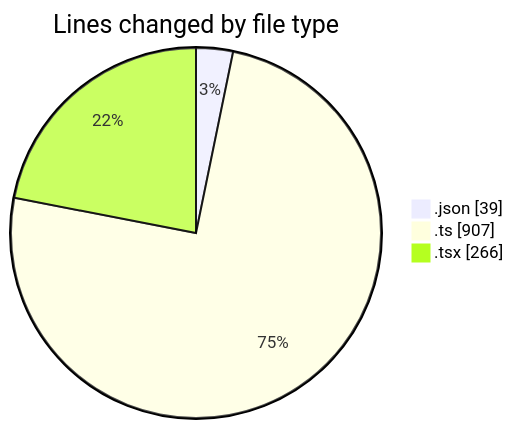
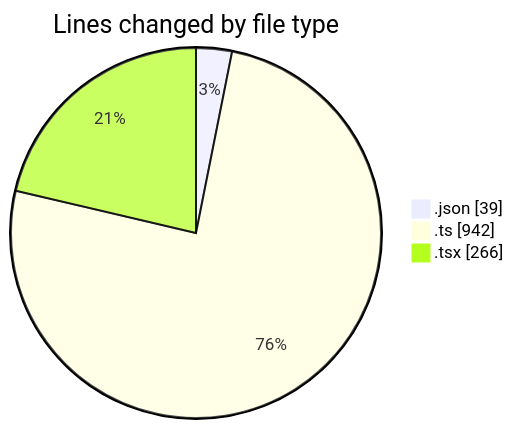
Before and after one commit to lephambinh05/code-tracking: the first of 2 diagrams in 2025-09-13/napxuvn/README.md, drawn with Mermaid. The commit also changed other lines of this file and 1 other file, not shown here.

````diff
--- a/2025-09-13/napxuvn/README.md
+++ b/2025-09-13/napxuvn/README.md
@@ -27,7 +27,7 @@
 ```mermaid
 pie showData
 title Lines changed by file type
 ".json" : 39
-".ts" : 907
+".ts" : 942
 ".tsx" : 266
 ```
````
